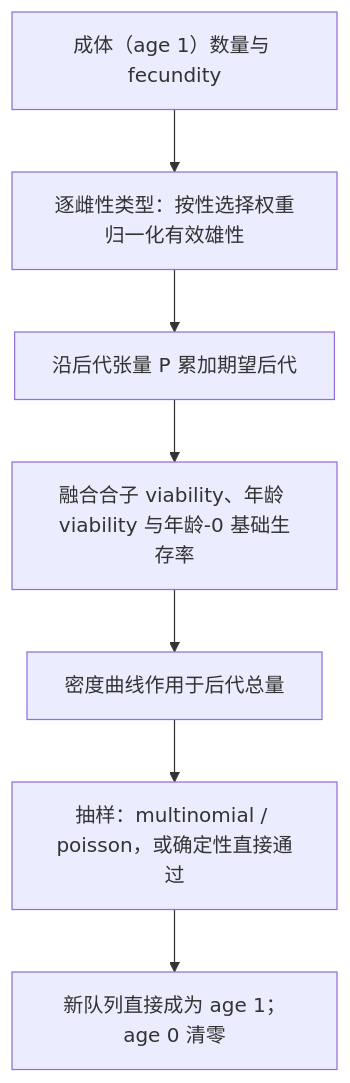
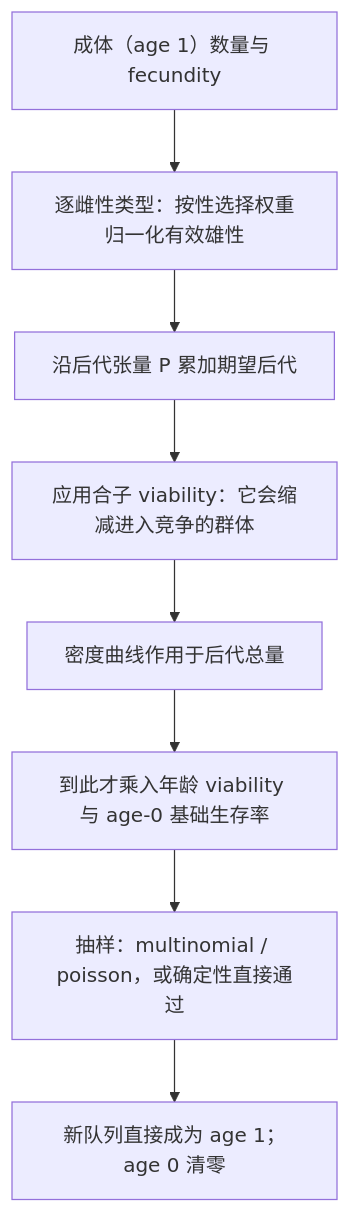
One commit to jyzhu-pointless/natal-core changed the diagram in docs/zh/developer/wright_fisher.md. Above: the diagram before and after it, drawn with Mermaid. The commit also changed other lines of this file and 144 other files, not shown here.

````diff
--- a/docs/zh/developer/wright_fisher.md
+++ b/docs/zh/developer/wright_fisher.md
@@ -20,9 +20,10 @@
 ```mermaid
 flowchart TD
     A["成体（age 1）数量与 fecundity"] --> B["逐雌性类型：按性选择权重归一化有效雄性"]
     B --> C["沿后代张量 P 累加期望后代"]
-    C --> D["融合合子 viability、年龄 viability 与年龄-0 基础生存率"]
+    C --> D["应用合子 viability：它会缩减进入竞争的群体"]
     D --> E["密度曲线作用于后代总量"]
-    E --> F["抽样：multinomial / poisson，或确定性直接通过"]
-    F --> G["新队列直接成为 age 1；age 0 清零"]
+    E --> F["到此才乘入年龄 viability 与 age-0 基础生存率"]
+    F --> G["抽样：multinomial / poisson，或确定性直接通过"]
+    G --> H["新队列直接成为 age 1；age 0 清零"]
 ```
````
